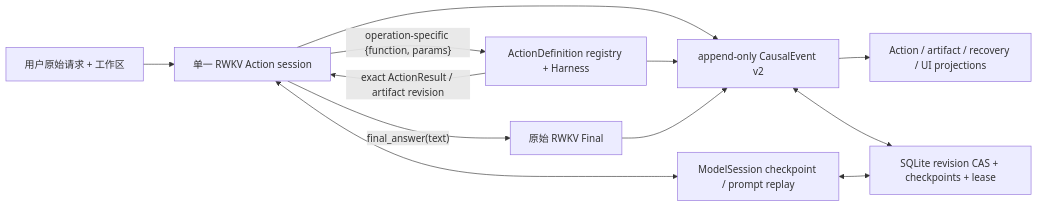
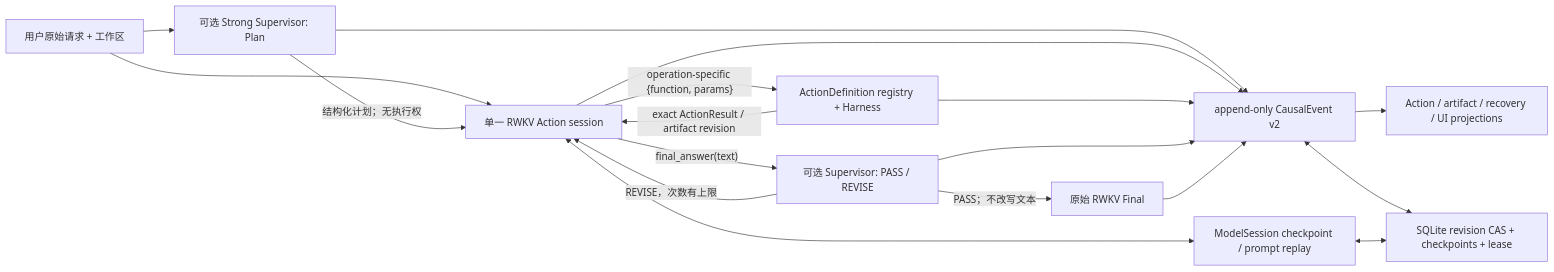
One commit to rwkv-rs/RWKV-LH changed the diagram in README.md. Above: the diagram before and after it, drawn with Mermaid. The commit also changed other lines of this file and 8 other files, not shown here.

Commit message:
feat: add bounded strong-model supervisor boundary

````diff
--- a/README.md
+++ b/README.md
@@ -13,11 +19,15 @@
 ```mermaid
 flowchart LR
-    U["用户原始请求 + 工作区"] --> S["单一 RWKV Action session"]
+    U["用户原始请求 + 工作区"] --> P["可选 Strong Supervisor: Plan"]
+    U --> S["单一 RWKV Action session"]
+    P -->|"结构化计划；无执行权"| S
     S -->|"operation-specific {function, params}"| H["ActionDefinition registry + Harness"]
     H -->|"exact ActionResult / artifact revision"| S
-    S -->|"final_answer(text)"| F["原始 RWKV Final"]
+    S -->|"final_answer(text)"| R["可选 Supervisor: PASS / REVISE"]
+    R -->|"REVISE，次数有上限"| S
+    R -->|"PASS；不改写文本"| F["原始 RWKV Final"]
     S <--> M["ModelSession checkpoint / prompt replay"]
-    S & H & F --> E["append-only CausalEvent v2"]
-    E --> P["Action / artifact / recovery / UI projections"]
+    P & S & H & R & F --> E["append-only CausalEvent v2"]
+    E --> Q["Action / artifact / recovery / UI projections"]
     E & M <--> DB["SQLite revision CAS + checkpoints + lease"]
 ```
````
